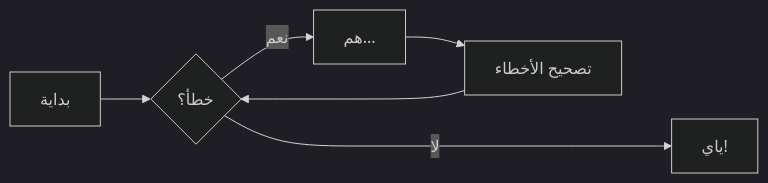
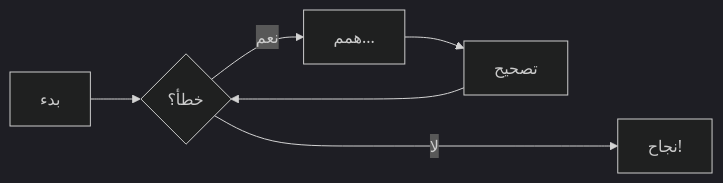
The third of 5 diagrams in docs/ar/MkDocs测试实验室.md (linyuxuanlin/Wiki_MkDocs), drawn with Mermaid (dark theme) before and after one commit. The commit also changed other lines of this file and 31 other files, not shown here.

````diff
--- a/docs/ar/MkDocs测试实验室.md
+++ b/docs/ar/MkDocs测试实验室.md
@@ -24,8 +24,8 @@
 ```mermaid
 graph LR
-  A[بداية] --> B{خطأ؟};
-  B -->|نعم| C[هم...];
-  C --> D[تصحيح الأخطاء];
+  A[بدء] --> B{خطأ؟};
+  B -->|نعم| C[همم...];
+  C --> D[تصحيح];
   D --> B;
-  B ---->|لا| E[ياي!];
+  B ---->|لا| E[نجاح!];
 ```
````
